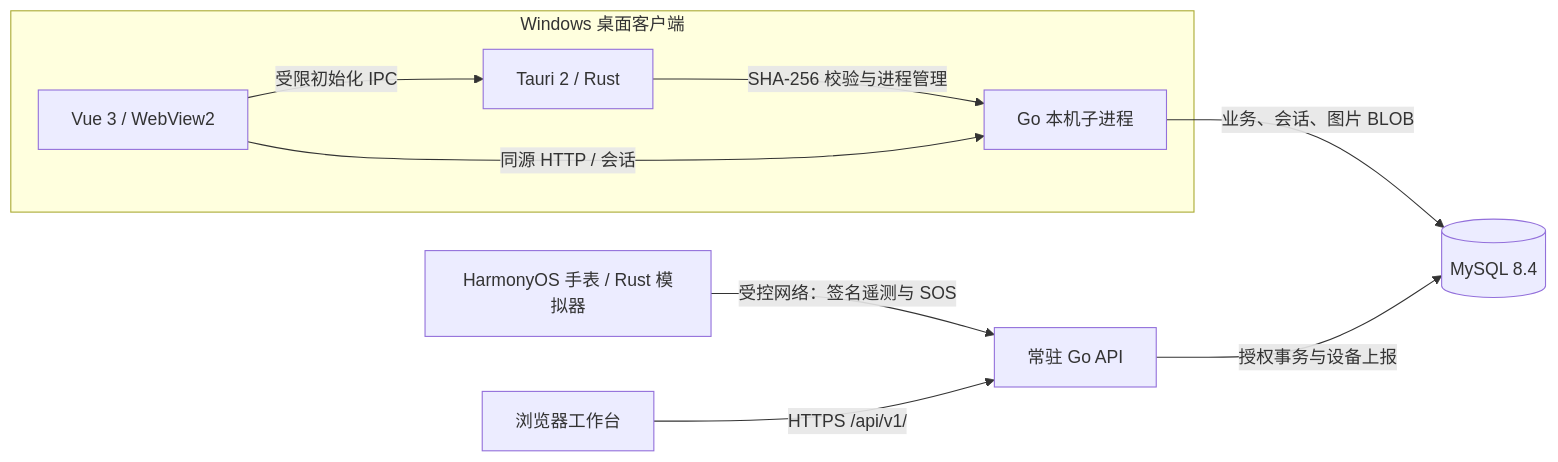
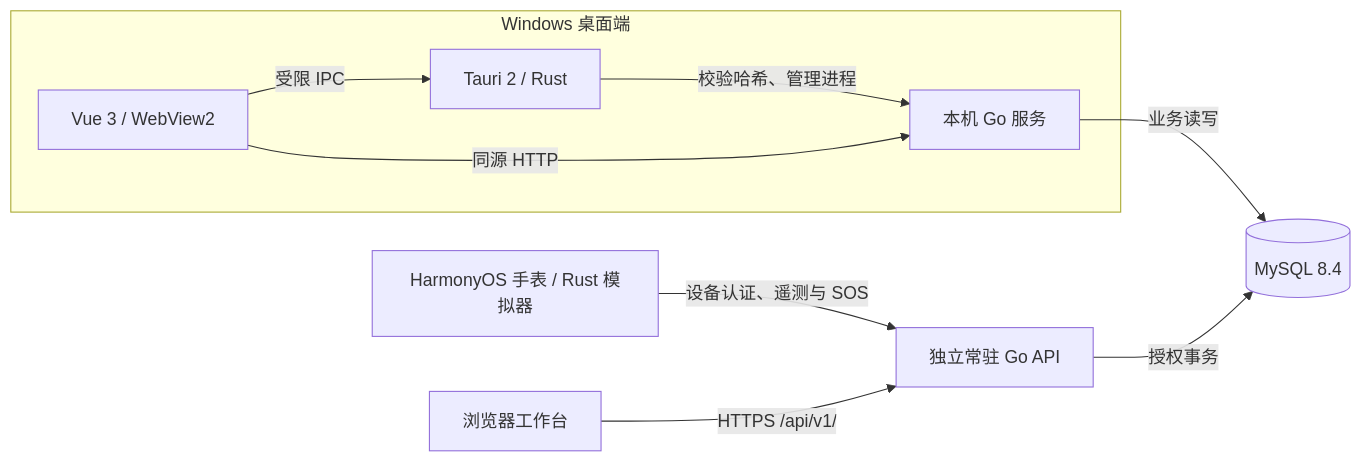
One commit to R9-404/smart-elderly-watch-management changed the diagram in README.md. Above: the diagram before and after it, drawn with Mermaid. The commit also changed other lines of this file and 1 other file, not shown here.

````diff
--- a/README.md
+++ b/README.md
@@ -105,12 +103,12 @@
 ```mermaid
 flowchart LR
-  subgraph Desktop["Windows 桌面客户端"]
-    T["Tauri 2 / Rust"] -->|"SHA-256 校验与进程管理"| L["Go 本机子进程"]
-    V["Vue 3 / WebView2"] -->|"同源 HTTP / 会话"| L
-    V -->|"受限初始化 IPC"| T
-  end
-  W["HarmonyOS 手表 / Rust 模拟器"] -->|"受控网络：签名遥测与 SOS"| S["常驻 Go API"]
-  B["浏览器工作台"] -->|"HTTPS /api/v1/"| S
-  L -->|"业务、会话、图片 BLOB"| M[("MySQL 8.4")]
-  S -->|"授权事务与设备上报"| M
+    subgraph Desktop["Windows 桌面端"]
+        T["Tauri 2 / Rust"] -->|"校验哈希、管理进程"| L["本机 Go 服务"]
+        V["Vue 3 / WebView2"] -->|"同源 HTTP"| L
+        V -->|"受限 IPC"| T
+    end
+    W["HarmonyOS 手表 / Rust 模拟器"] -->|"设备认证、遥测与 SOS"| S["独立常驻 Go API"]
+    B["浏览器工作台"] -->|"HTTPS /api/v1/"| S
+    L -->|"业务读写"| M[("MySQL 8.4")]
+    S -->|"授权事务"| M
 ```
````
